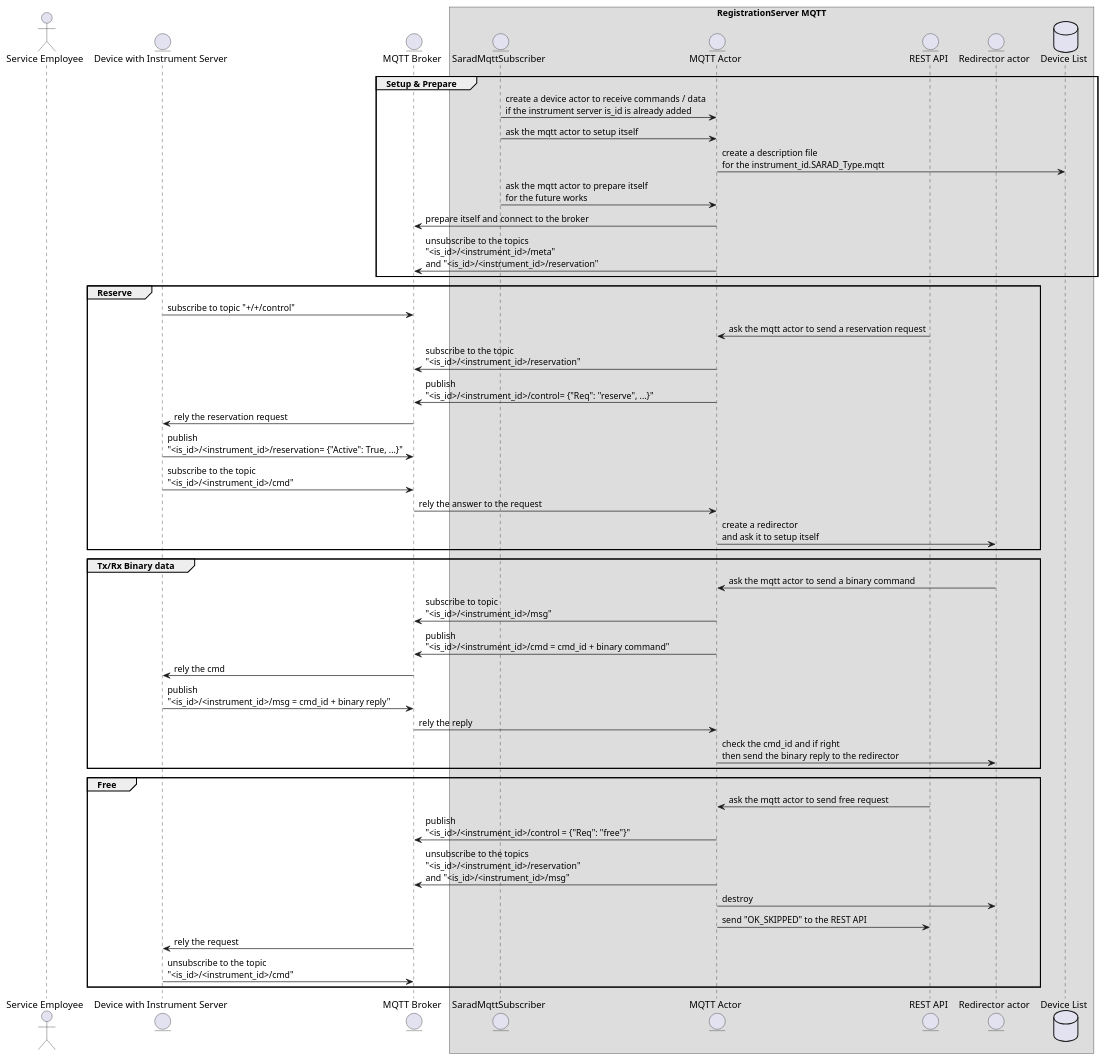
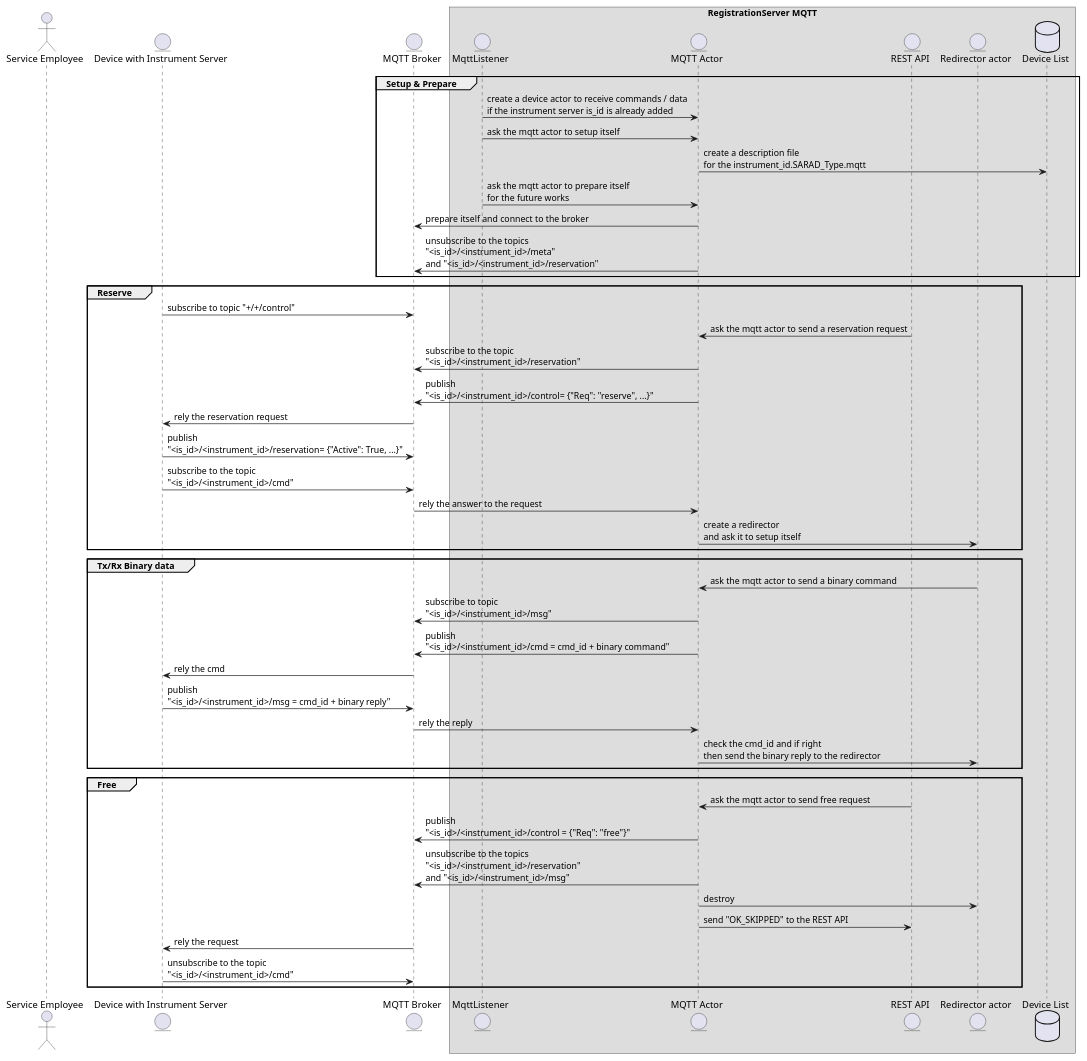
The diagram in doc/source/uml-mqtt_actor.puml (SARAD-GmbH/RegServer), drawn with PlantUML before and after one commit. The commit also changed 14 other files, not shown here.

Commit message:
!: debugging of new Mqtt base actor for RegServer

```diff
--- a/doc/source/uml-mqtt_actor.puml
+++ b/doc/source/uml-mqtt_actor.puml
@@ -1,54 +1,54 @@
 @startuml
 actor "Service Employee" as user
 entity "Device with Instrument Server" as is_mqtt
 entity "MQTT Broker" as broker
 box "RegistrationServer MQTT"
-entity "SaradMqttSubscriber" as subscriber
+entity "MqttListener" as listener
 entity "MQTT Actor" as mqtt_actor
 entity "REST API" as rest_api
 entity "Redirector actor" as redirector
 database "Device List" as d_list
 end box
 
 group Setup & Prepare
-    subscriber -> mqtt_actor : create a device actor to receive commands / data\nif the instrument server is_id is already added
-    subscriber -> mqtt_actor : ask the mqtt actor to setup itself
+    listener -> mqtt_actor : create a device actor to receive commands / data\nif the instrument server is_id is already added
+    listener -> mqtt_actor : ask the mqtt actor to setup itself
     mqtt_actor -> d_list : create a description file\nfor the instrument_id.SARAD_Type.mqtt
-    subscriber -> mqtt_actor : ask the mqtt actor to prepare itself\nfor the future works
+    listener -> mqtt_actor : ask the mqtt actor to prepare itself\nfor the future works
     mqtt_actor -> broker : prepare itself and connect to the broker
     mqtt_actor -> broker : unsubscribe to the topics\n"<is_id>/<instrument_id>/meta"\nand "<is_id>/<instrument_id>/reservation"
 end
 
 group Reserve
     is_mqtt -> broker : subscribe to topic "+/+/control"
     rest_api -> mqtt_actor : ask the mqtt actor to send a reservation request
     mqtt_actor -> broker : subscribe to the topic\n"<is_id>/<instrument_id>/reservation"
     mqtt_actor -> broker : publish\n"<is_id>/<instrument_id>/control= {"Req": "reserve", ...}"
     broker -> is_mqtt : rely the reservation request
     is_mqtt -> broker : publish\n"<is_id>/<instrument_id>/reservation= {"Active": True, ...}"
     is_mqtt -> broker : subscribe to the topic\n"<is_id>/<instrument_id>/cmd"
     broker -> mqtt_actor : rely the answer to the request
     mqtt_actor -> redirector : create a redirector\nand ask it to setup itself
 end
 
 group Tx/Rx Binary data
     redirector -> mqtt_actor : ask the mqtt actor to send a binary command
     mqtt_actor -> broker : subscribe to topic\n"<is_id>/<instrument_id>/msg"
     mqtt_actor -> broker : publish\n"<is_id>/<instrument_id>/cmd = cmd_id + binary command"
     broker -> is_mqtt : rely the cmd
     is_mqtt -> broker : publish\n"<is_id>/<instrument_id>/msg = cmd_id + binary reply"
     broker -> mqtt_actor : rely the reply
     mqtt_actor -> redirector : check the cmd_id and if right\nthen send the binary reply to the redirector
 end
 
 group Free
     rest_api -> mqtt_actor : ask the mqtt actor to send free request
     mqtt_actor -> broker : publish\n"<is_id>/<instrument_id>/control = {"Req": "free"}"
     mqtt_actor -> broker : unsubscribe to the topics\n"<is_id>/<instrument_id>/reservation"\nand "<is_id>/<instrument_id>/msg"
     mqtt_actor -> redirector : destroy
     mqtt_actor -> rest_api : send "OK_SKIPPED" to the REST API
     broker -> is_mqtt : rely the request
     is_mqtt -> broker : unsubscribe to the topic\n"<is_id>/<instrument_id>/cmd"
 end
 
 @enduml
```
